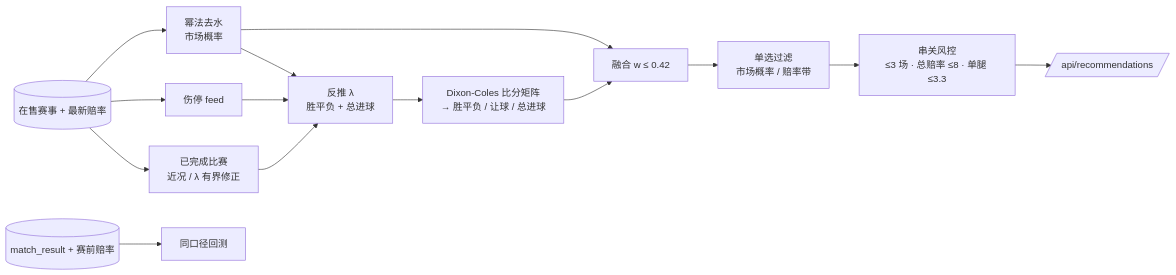
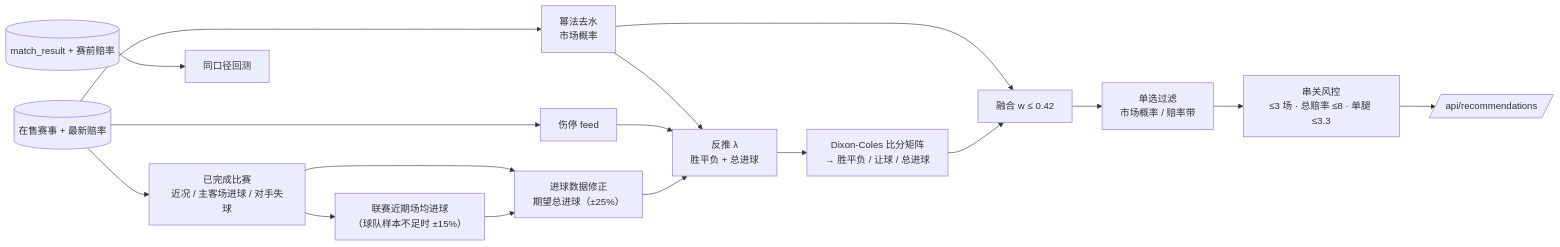
Diagram 12 of 13 in docs/architecture.md (yJ2018/ticai), drawn with Mermaid before and after one commit. The commit also changed other lines of this file and 18 other files, not shown here.

````diff
--- a/docs/architecture.md
+++ b/docs/architecture.md
@@ -858,16 +858,19 @@
 ```mermaid
 flowchart LR
     DB[(在售赛事 + 最新赔率)] --> M["幂法去水<br/>市场概率"]
     DB --> I["伤停 feed"]
-    DB --> H["已完成比赛<br/>近况 / λ 有界修正"]
+    DB --> H["已完成比赛<br/>近况 / 主客场进球 / 对手失球"]
     M --> L["反推 λ<br/>胜平负 + 总进球"]
     I --> L
-    H --> L
+    H --> G["进球数据修正<br/>期望总进球（±25%）"]
+    H --> LP["联赛近期场均进球<br/>（球队样本不足时 ±15%）"]
+    G --> L
+    LP --> G
     L --> P["Dixon-Coles 比分矩阵<br/>→ 胜平负 / 让球 / 总进球"]
     M --> B["融合 w ≤ 0.42"]
     P --> B
     B --> F["单选过滤<br/>市场概率 / 赔率带"]
     F --> C["串关风控<br/>≤3 场 · 总赔率 ≤8 · 单腿 ≤3.3"]
     C --> R[/api/recommendations/]
     DB2[(match_result + 赛前赔率)] --> T["同口径回测"]
 ```
````
